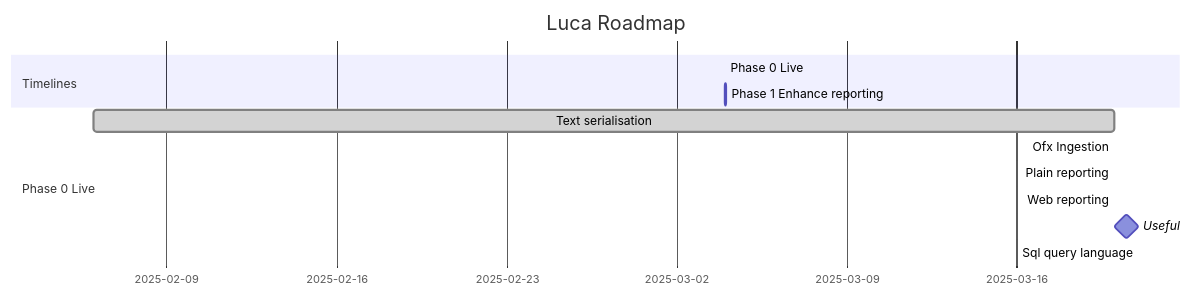
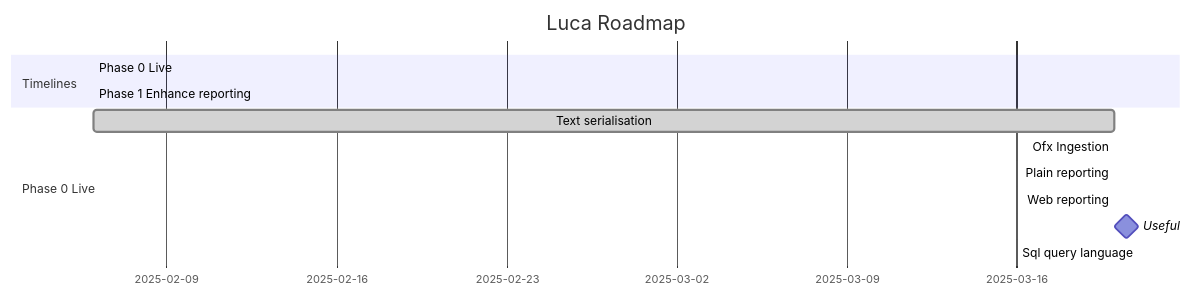
The diagram in README.md (drummonds/luca), drawn with Mermaid before and after one commit.

Commit message:
updating roadmap

````diff
--- a/README.md
+++ b/README.md
@@ -141,18 +141,18 @@
 ```mermaid
 gantt
     title Luca Roadmap
     dateFormat  YYYY-MM-DD
 
     section Timelines
-    Phase 0 Live         :done, t1,  2025-03-04, 6m
+    Phase 0 Live         :done, t1,  2025-02-06, 6m
     Phase 1 Enhance reporting     :t2,  after t1, 6m
 
     section Phase 0 Live
     Text serialisation    : done, a1, 2025-02-06, 6w
     Ofx Ingestion         :active, a2, after a1, 1m
     Plain reporting       :a3, after a2, 1m
     Web reporting         :a4, after a3, 1m
     Useful                :milestone, a5, after a4, 1d
     Sql query language    :a6, after a5, 1m
 
 ```
````
